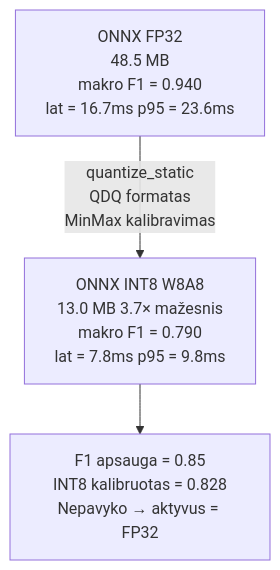
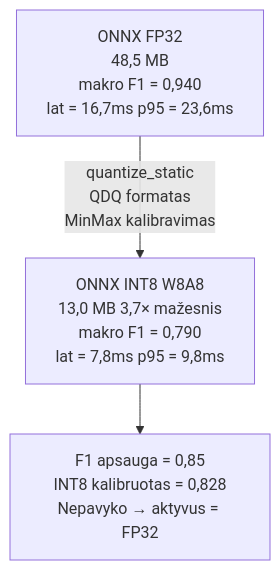
One commit to itohio/itohio.github.io changed the fourth of 5 diagrams in blog/content/fpv/drone-detector-nn/index.lt.md. Above: the diagram before and after it, drawn with Mermaid. The commit also changed other lines of this file and 1 other file, not shown here.

First line of the commit message:
lt: review and correct diy-color-chart and drone-detector-nn

````diff
--- a/blog/content/fpv/drone-detector-nn/index.lt.md
+++ b/blog/content/fpv/drone-detector-nn/index.lt.md
@@ -223,9 +223,9 @@
 ```mermaid
 graph TD
-    FP32["ONNX FP32\n48.5 MB\nmakro F1 = 0.940\nlat = 16.7ms  p95 = 23.6ms"]
-    INT8["ONNX INT8 W8A8\n13.0 MB  3.7× mažesnis\nmakro F1 = 0.790\nlat = 7.8ms  p95 = 9.8ms"]
-    GUARD["F1 apsauga = 0.85\nINT8 kalibruotas = 0.828\nNepavyko → aktyvus = FP32"]
+    FP32["ONNX FP32\n48,5 MB\nmakro F1 = 0,940\nlat = 16,7ms  p95 = 23,6ms"]
+    INT8["ONNX INT8 W8A8\n13,0 MB  3,7× mažesnis\nmakro F1 = 0,790\nlat = 7,8ms  p95 = 9,8ms"]
+    GUARD["F1 apsauga = 0,85\nINT8 kalibruotas = 0,828\nNepavyko → aktyvus = FP32"]
 
     FP32 -->|"quantize_static\nQDQ formatas\nMinMax kalibravimas"| INT8
     INT8 --> GUARD
 ```
````
